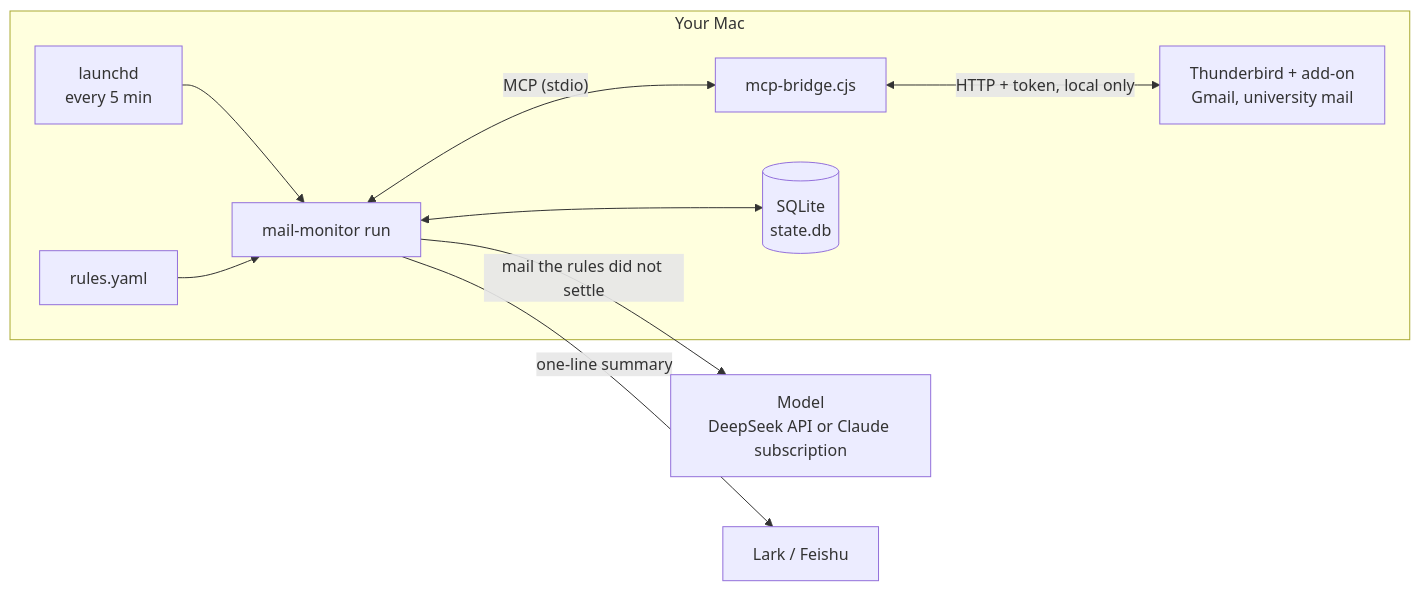
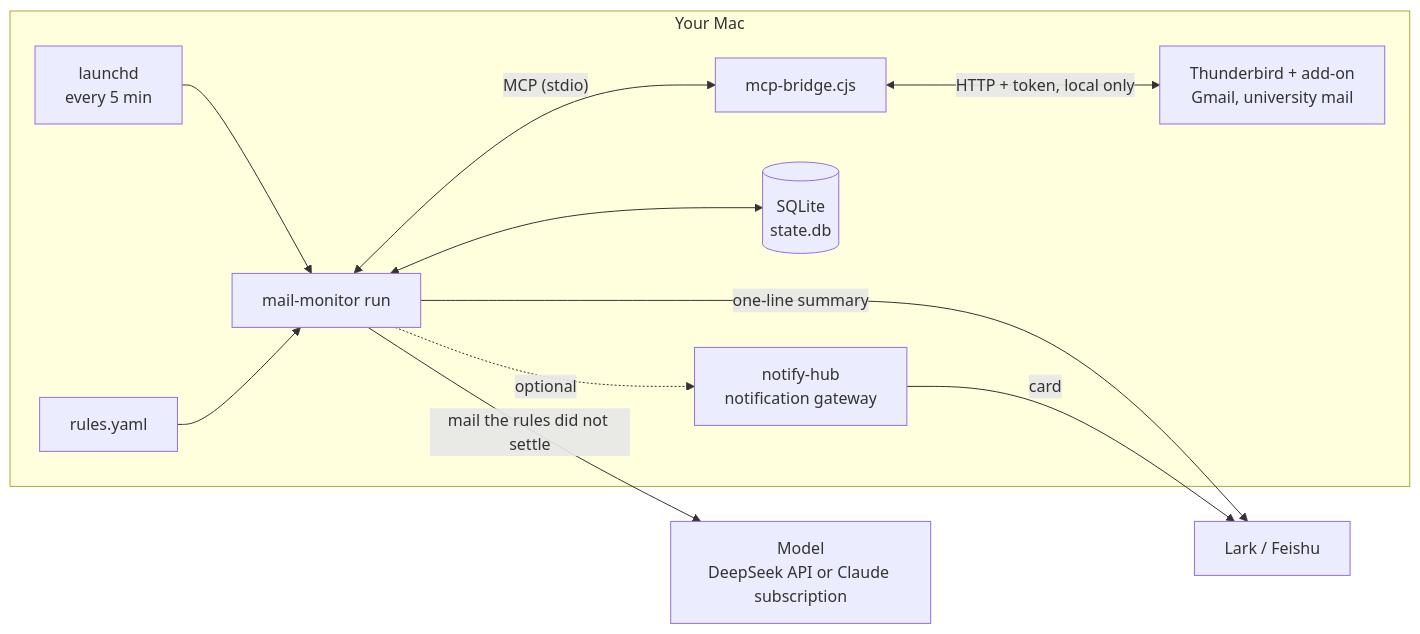
Before and after one commit to yuhang2551/thunderbird-mail-agent: the first of 3 diagrams in monitor/docs/architecture_EN.md, drawn with Mermaid. The commit also changed other lines of this file and 21 other files, not shown here.

First line of the commit message:
monitor: 推送可以交给 notify-hub（卡片、分级、夜里免打扰）

````diff
--- a/monitor/docs/architecture_EN.md
+++ b/monitor/docs/architecture_EN.md
@@ -26,12 +26,14 @@
 ```mermaid
 flowchart LR
     subgraph mac["Your Mac"]
         L["launchd<br/>every 5 min"] --> M["mail-monitor run"]
         M <-->|"MCP (stdio)"| B["mcp-bridge.cjs"]
         B <-->|"HTTP + token, local only"| T["Thunderbird + add-on<br/>Gmail, university mail"]
         M <--> D[("SQLite<br/>state.db")]
         R["rules.yaml"] --> M
+        M -.->|"optional"| H["notify-hub<br/>notification gateway"]
     end
     M -->|"mail the rules did not settle"| A["Model<br/>DeepSeek API or Claude subscription"]
     M -->|"one-line summary"| K["Lark / Feishu"]
+    H -->|"card"| K
 ```
````
